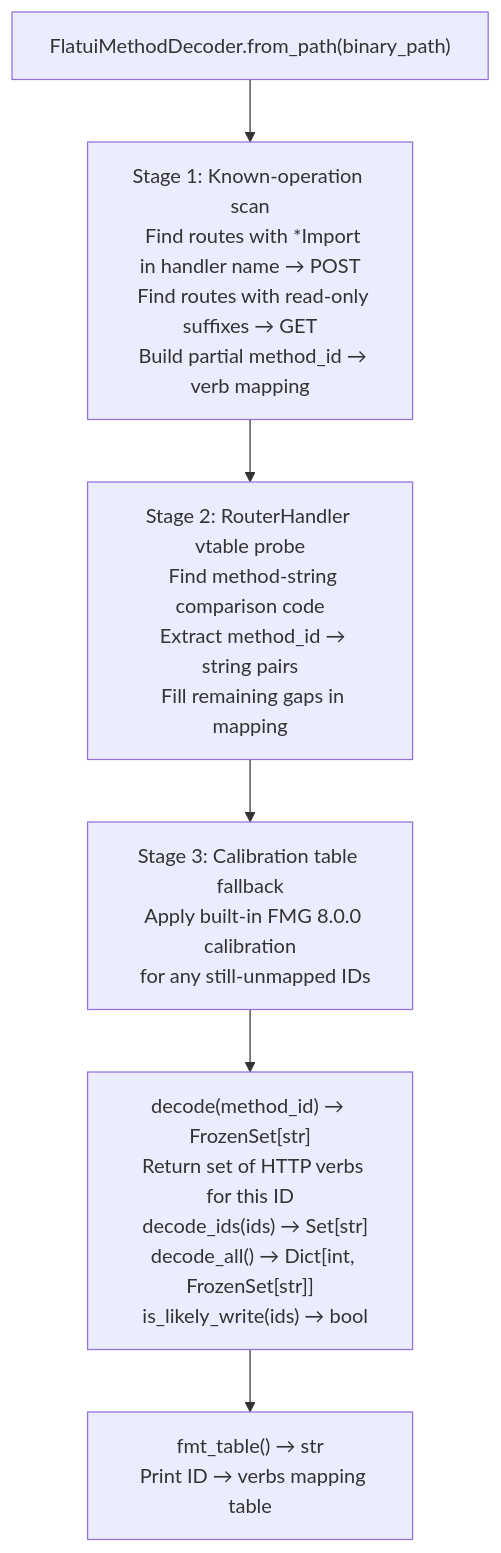
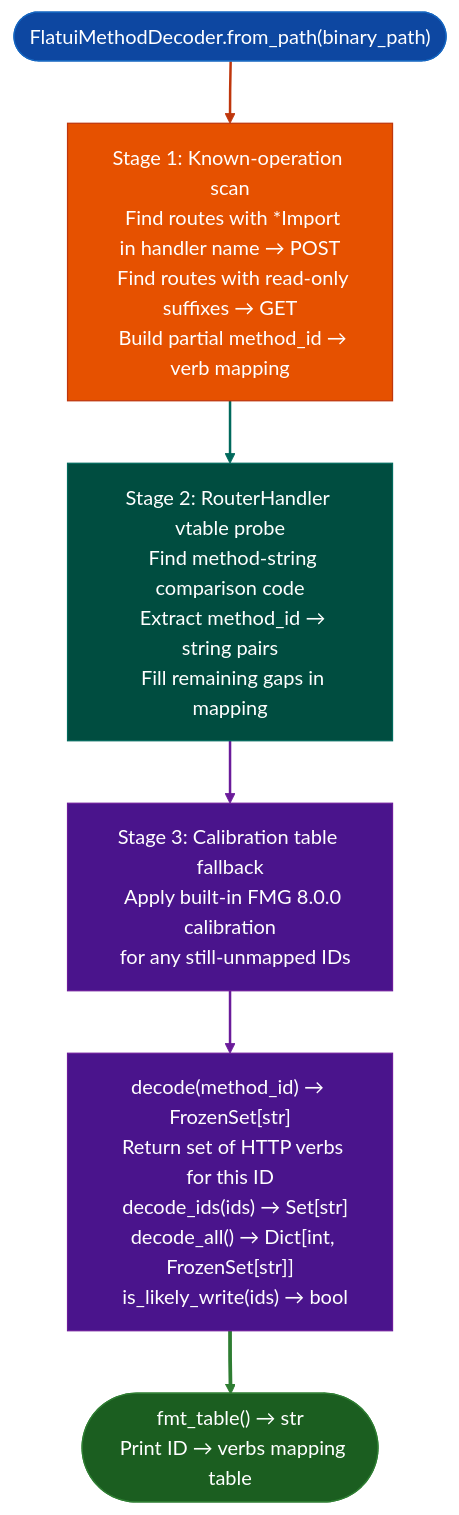
Before and after one commit to Ablation-Tool/ablation: the diagram in docs/reference-modules/web-path-enumeration.md, drawn with Mermaid. The commit also changed 320 other files, not shown here.

First line of the commit message:
docs: apply canonical Mermaid template to all 321 diagrams

````diff
--- a/docs/reference-modules/web-path-enumeration.md
+++ b/docs/reference-modules/web-path-enumeration.md
@@ -19,8 +19,19 @@
 ```mermaid
 flowchart TD
-    A["FlatuiMethodDecoder.from_path(binary_path)"] --> B["Stage 1: Known-operation scan\n  Find routes with *Import in handler name → POST\n  Find routes with read-only suffixes → GET\n  Build partial method_id → verb mapping"]
-    B --> C["Stage 2: RouterHandler vtable probe\n  Find method-string comparison code\n  Extract method_id → string pairs\n  Fill remaining gaps in mapping"]
-    C --> D["Stage 3: Calibration table fallback\n  Apply built-in FMG 8.0.0 calibration\n  for any still-unmapped IDs"]
-    D --> E["decode(method_id) → FrozenSet[str]\n  Return set of HTTP verbs for this ID\n  decode_ids(ids) → Set[str]\n  decode_all() → Dict[int, FrozenSet[str]]\n  is_likely_write(ids) → bool"]
-    E --> F["fmt_table() → str\n  Print ID → verbs mapping table"]
+    A(["FlatuiMethodDecoder.from_path(binary_path)"]):::input --> B["Stage 1: Known-operation scan\n  Find routes with *Import in handler name → POST\n  Find routes with read-only suffixes → GET\n  Build partial method_id → verb mapping"]:::primary
+    B:::primary --> C["Stage 2: RouterHandler vtable probe\n  Find method-string comparison code\n  Extract method_id → string pairs\n  Fill remaining gaps in mapping"]:::secondary
+    C:::secondary --> D["Stage 3: Calibration table fallback\n  Apply built-in FMG 8.0.0 calibration\n  for any still-unmapped IDs"]:::tertiary
+    D:::tertiary --> E["decode(method_id) → FrozenSet[str]\n  Return set of HTTP verbs for this ID\n  decode_ids(ids) → Set[str]\n  decode_all() → Dict[int, FrozenSet[str]]\n  is_likely_write(ids) → bool"]:::tertiary
+    E:::tertiary --> F(["fmt_table() → str\n  Print ID → verbs mapping table"]):::output
+    classDef input     fill:#0d47a1,stroke:#1565c0,color:#fff
+    classDef primary   fill:#e65100,stroke:#bf360c,color:#fff
+    classDef secondary fill:#004d40,stroke:#00695c,color:#fff
+    classDef tertiary  fill:#4a148c,stroke:#6a1b9a,color:#fff
+    classDef neutral   fill:#37474f,stroke:#546e7a,color:#fff
+    classDef output    fill:#1b5e20,stroke:#2e7d32,color:#fff
+    linkStyle 0 stroke:#bf360c,stroke-width:2px
+    linkStyle 1 stroke:#00695c,stroke-width:2px
+    linkStyle 2 stroke:#6a1b9a,stroke-width:2px
+    linkStyle 3 stroke:#6a1b9a,stroke-width:2px
+    linkStyle 4 stroke:#2e7d32,stroke-width:3px
 ```
````
